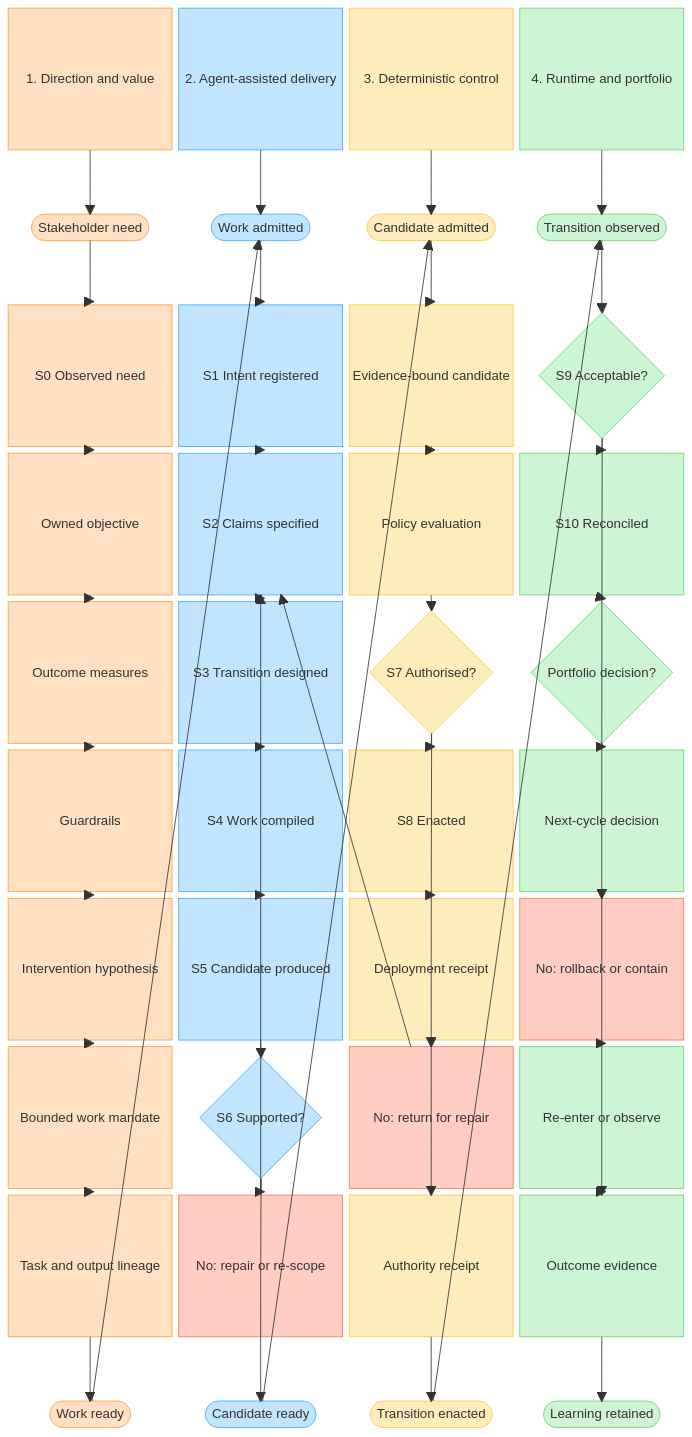
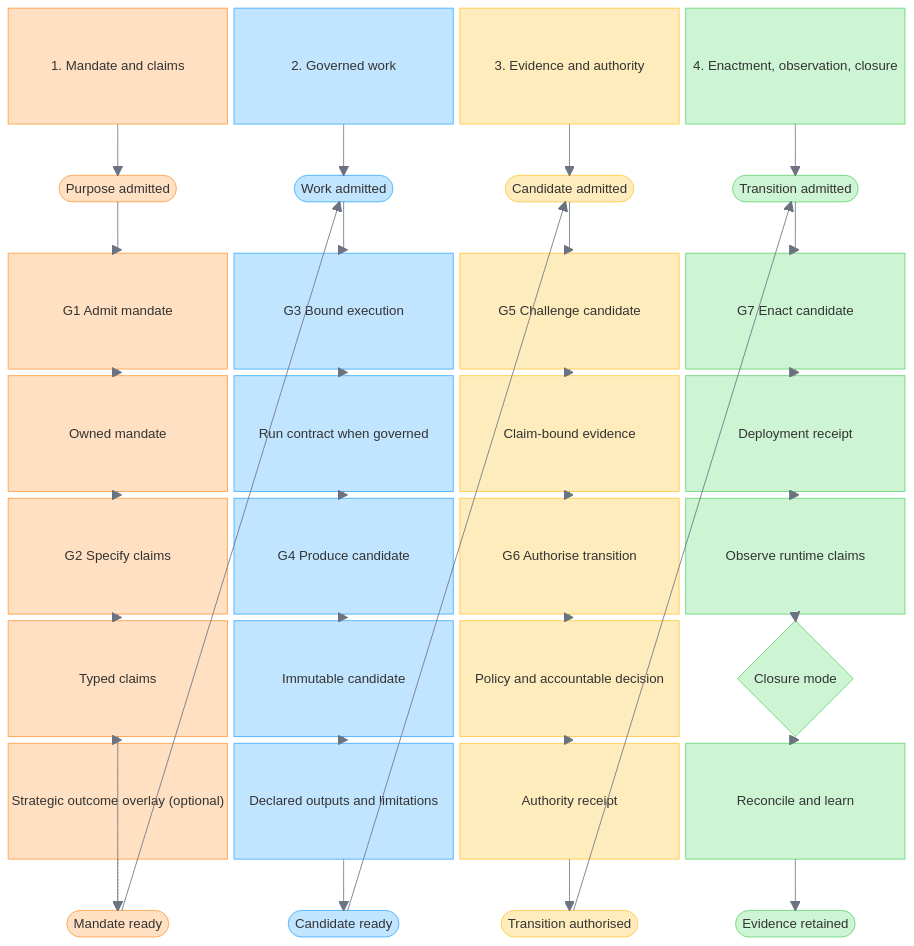
One commit to 0ryant/engineering-doctrine changed the diagram in doctrine/patterns/ai-native-software-development-lifecycle.md. Above: the diagram before and after it, drawn with Mermaid. The commit also changed other lines of this file and 43 other files, not shown here.

````diff
--- a/doctrine/patterns/ai-native-software-development-lifecycle.md
+++ b/doctrine/patterns/ai-native-software-development-lifecycle.md
@@ -80,71 +219,60 @@
 ```mermaid
-%%{init: {"themeCSS": ".value p, .delivery p, .control p, .runtime p, .failure p { color: #1E1E1E !important; }"}}%%
+%%{init: {"themeVariables": {"textColor": "#1E1E1E", "primaryTextColor": "#1E1E1E", "lineColor": "#6B7280"}, "themeCSS": ".mandate p, .work p, .evidence p, .runtime p { color: #1E1E1E !important; }"}}%%
 block-beta
     columns 4
 
-    valueHeader["1. Direction and value"] deliveryHeader["2. Agent-assisted delivery"] controlHeader["3. Deterministic control"] runtimeHeader["4. Runtime and portfolio"]
-    need(["Stakeholder need"]) deliveryTop(["Work admitted"]) controlTop(["Candidate admitted"]) runtimeTop(["Transition observed"])
-    s0["S0 Observed need"] s1["S1 Intent registered"] boundCandidate["Evidence-bound candidate"] s9{"S9 Acceptable?"}
-    objective["Owned objective"] s2["S2 Claims specified"] policy["Policy evaluation"] s10["S10 Reconciled"]
-    measures["Outcome measures"] s3["S3 Transition designed"] s7{"S7 Authorised?"} portfolio{"Portfolio decision?"}
-    guardrails["Guardrails"] s4["S4 Work compiled"] s8["S8 Enacted"] nextCycle["Next-cycle decision"]
-    intervention["Intervention hypothesis"] s5["S5 Candidate produced"] receipt["Deployment receipt"] contain["No: rollback or contain"]
-    workMandate["Bounded work mandate"] s6{"S6 Supported?"} denied["No: return for repair"] reenter["Re-enter or observe"]
-    workEvidence["Task and output lineage"] repair["No: repair or re-scope"] controlEvidence["Authority receipt"] runtimeEvidence["Outcome evidence"]
-    valueBottom(["Work ready"]) deliveryBottom(["Candidate ready"]) controlBottom(["Transition enacted"]) runtimeBottom(["Learning retained"])
+    mandateHeader["1. Mandate and claims"] workHeader["2. Governed work"] evidenceHeader["3. Evidence and authority"] runtimeHeader["4. Enactment, observation, closure"]
+    mandateTop(["Purpose admitted"]) workTop(["Work admitted"]) evidenceTop(["Candidate admitted"]) runtimeTop(["Transition admitted"])
+    admit["G1 Admit mandate"] bound["G3 Bound execution"] challenge["G5 Challenge candidate"] enact["G7 Enact candidate"]
+    mandate["Owned mandate"] contract["Run contract when governed"] proof["Claim-bound evidence"] receipt["Deployment receipt"]
+    specify["G2 Specify claims"] produce["G4 Produce candidate"] authorise["G6 Authorise transition"] observe["Observe runtime claims"]
+    claims["Typed claims"] candidate["Immutable candidate"] decision["Policy and accountable decision"] closure{"Closure mode"}
+    strategy["Strategic outcome overlay (optional)"] outputs["Declared outputs and limitations"] authorityReceipt["Authority receipt"] learning["Reconcile and learn"]
+    mandateBottom(["Mandate ready"]) workBottom(["Candidate ready"]) evidenceBottom(["Transition authorised"]) runtimeBottom(["Evidence retained"])
 
-    valueHeader --> need
-    need --> s0
-    s0 --> objective
-    objective --> measures
-    measures --> guardrails
-    guardrails --> intervention
-    intervention --> workMandate
-    workMandate --> workEvidence
-    workEvidence --> valueBottom
-    deliveryHeader --> deliveryTop
-    deliveryTop --> s1
-    s1 --> s2
-    s2 --> s3
-    s3 --> s4
-    s4 --> s5
-    s5 --> s6
-    s6 --> deliveryBottom
-    s6 --> repair
-    repair --> s2
-    controlHeader --> controlTop
-    controlTop --> boundCandidate
-    boundCandidate --> policy
-    policy --> s7
-    s7 --> s8
-    s8 --> receipt
-    receipt --> controlEvidence
-    controlEvidence --> controlBottom
-    s7 --> denied
-    denied --> s2
+    mandateHeader --> mandateTop
+    mandateTop --> admit
+    admit --> mandate
+    mandate --> specify
+    specify --> claims
+    claims --> mandateBottom
+    claims -.-> strategy
+    strategy -.-> mandateBottom
+
+    workHeader --> workTop
+    workTop --> bound
+    bound --> contract
+    contract --> produce
+    produce --> candidate
+    candidate --> outputs
+    outputs --> workBottom
+
+    evidenceHeader --> evidenceTop
+    evidenceTop --> challenge
+    challenge --> proof
+    proof --> authorise
+    authorise --> decision
+    decision --> authorityReceipt
+    authorityReceipt --> evidenceBottom
+
     runtimeHeader --> runtimeTop
-    runtimeTop --> s9
-    s9 --> s10
-    s10 --> portfolio
-    portfolio --> nextCycle
-    nextCycle --> runtimeEvidence
-    runtimeEvidence --> runtimeBottom
-    s9 --> contain
-    contain --> reenter
-    reenter --> runtimeEvidence
+    runtimeTop --> enact
+    enact --> receipt
+    receipt --> observe
+    observe --> closure
+    closure --> learning
+    learning --> runtimeBottom
 
-    valueBottom --> deliveryTop
-    deliveryBottom --> controlTop
-    controlBottom --> runtimeTop
+    mandateBottom --> workTop
+    workBottom --> evidenceTop
+    evidenceBottom --> runtimeTop
 
-    classDef value fill:#FFE0C2,stroke:#FF9E42,color:#1E1E1E
-    classDef delivery fill:#C2E5FF,stroke:#3DADFF,color:#1E1E1E
-    classDef control fill:#FFECBD,stroke:#FFC943,color:#1E1E1E
+    classDef mandate fill:#FFE0C2,stroke:#FF9E42,color:#1E1E1E
+    classDef work fill:#C2E5FF,stroke:#3DADFF,color:#1E1E1E
+    classDef evidence fill:#FFECBD,stroke:#FFC943,color:#1E1E1E
     classDef runtime fill:#CDF4D3,stroke:#66D575,color:#1E1E1E
-    classDef failure fill:#FFCDC2,stroke:#FF7556,color:#1E1E1E
-    class valueHeader,need,s0,objective,measures,guardrails,intervention,workMandate,workEvidence,valueBottom value
-    class deliveryHeader,deliveryTop,s1,s2,s3,s4,s5,s6,deliveryBottom delivery
-    class controlHeader,controlTop,boundCandidate,policy,s7,s8,receipt,controlEvidence,controlBottom control
-    class runtimeHeader,runtimeTop,s9,s10,portfolio,nextCycle,reenter,runtimeEvidence,runtimeBottom runtime
-    class repair,denied,contain failure
+    class mandateHeader,mandateTop,admit,mandate,specify,claims,strategy,mandateBottom mandate
+    class workHeader,workTop,bound,contract,produce,candidate,outputs,workBottom work
+    class evidenceHeader,evidenceTop,challenge,proof,authorise,decision,authorityReceipt,evidenceBottom evidence
+    class runtimeHeader,runtimeTop,enact,receipt,observe,closure,learning,runtimeBottom runtime
 ```
````
